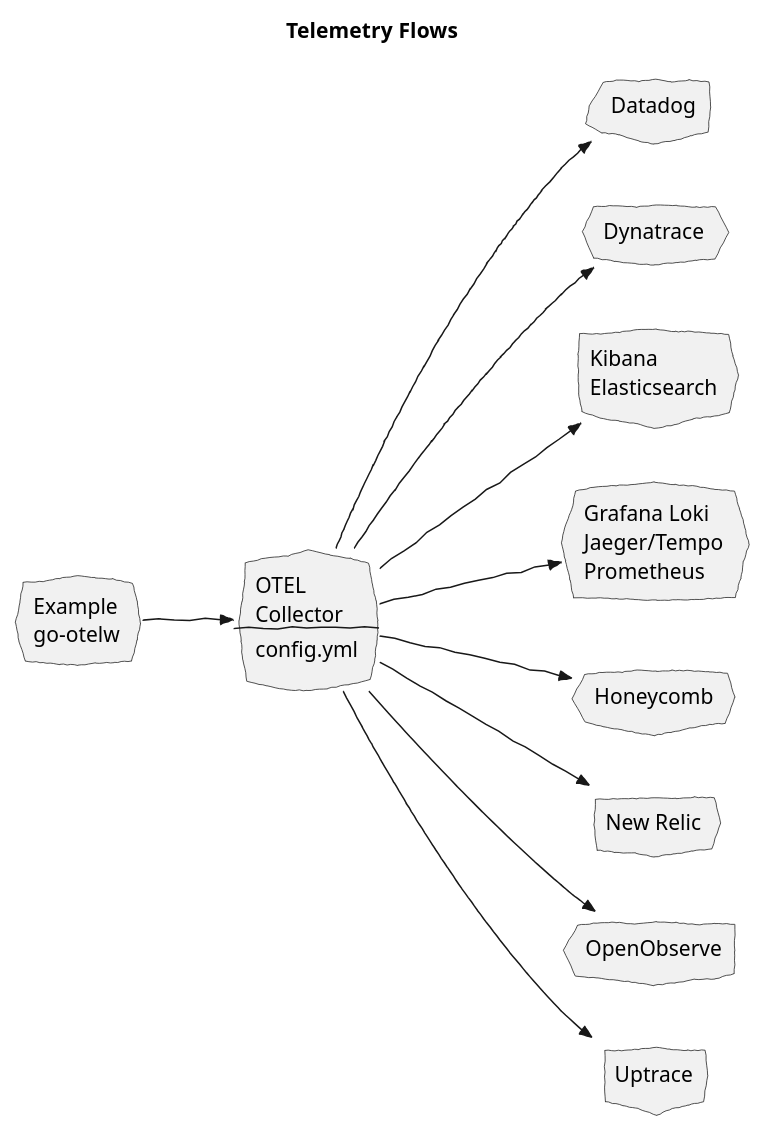
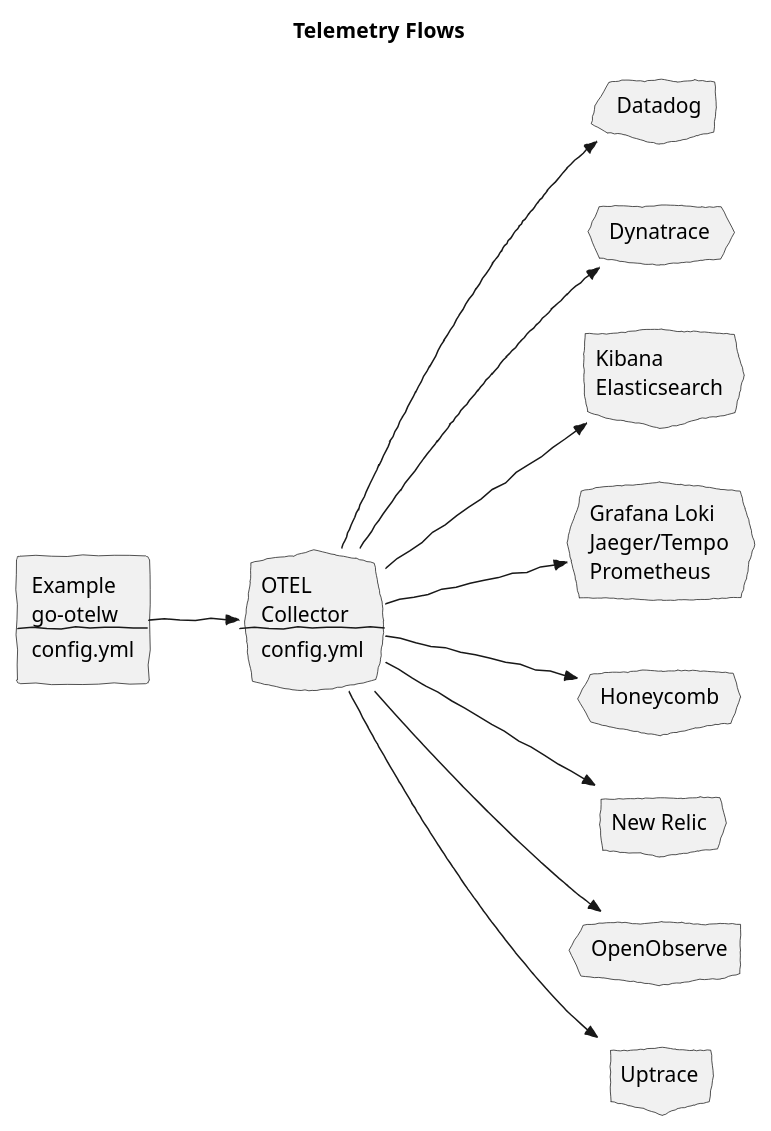
Before and after one commit to yolkhovyy/go-otelw: the diagram in docs/diagrams/overview.puml, drawn with PlantUML. The commit also changed 23 other files, not shown here.

Commit message:
Update diagrams

```diff
--- a/docs/diagrams/overview.puml
+++ b/docs/diagrams/overview.puml
@@ -1,29 +1,29 @@
 @startuml overview
 title Telemetry Flows
 left to right direction
 skinparam handwritten true
 
-cloud "Example\ngo-otelw" as EX
+agent "Example\ngo-otelw\n--\nconfig.yml" as EX
 cloud "OTEL\nCollector\n--\nconfig.yml" as OC
 
 cloud "Datadog" as DD
 cloud "Dynatrace" as DT
 cloud "Kibana\nElasticsearch" as EK
 cloud "Grafana Loki\nJaeger/Tempo\nPrometheus" as G
 cloud "Honeycomb" as HC
 cloud "New Relic" as NR
 cloud "OpenObserve" as OO
 cloud "Uptrace" as UPT
 
 EX -->> OC
 
 OC --->> UPT
 OC --->> OO
 OC --->> NR
 OC --->> EK
 OC --->> HC
 OC --->> G
 OC --->> DT
 OC --->> DD
 
 @enduml
```
